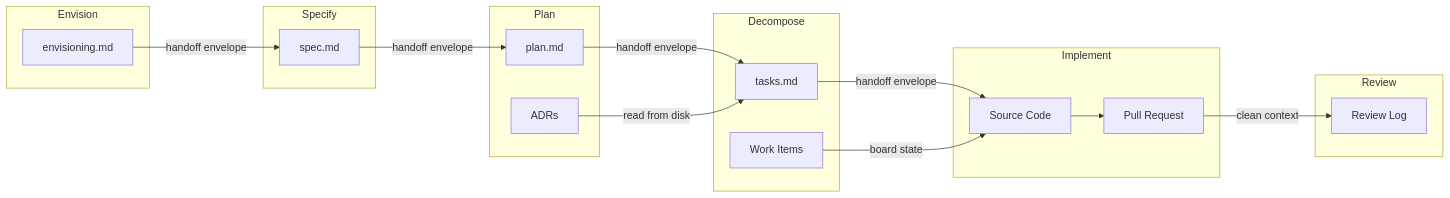
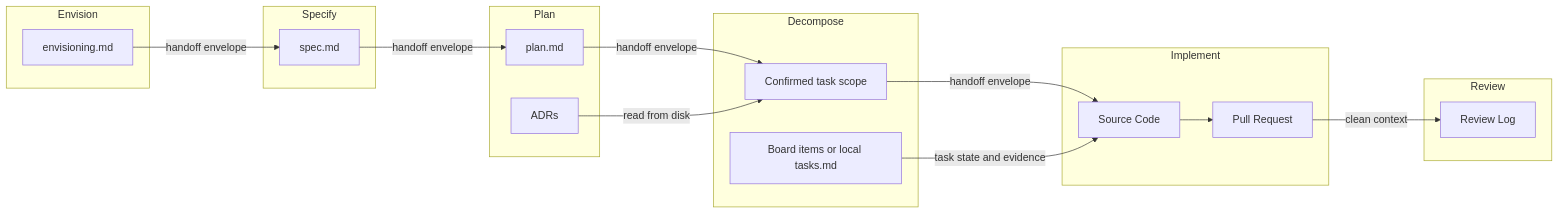
Before and after one commit to microsoft/devsquad-copilot: the diagram in docs/src/content/docs/core-components/context-management.mdx, drawn with Mermaid. The commit also changed other lines of this file and 8 other files, not shown here.

````diff
--- a/docs/src/content/docs/core-components/context-management.mdx
+++ b/docs/src/content/docs/core-components/context-management.mdx
@@ -66,33 +66,33 @@
 ```mermaid
 flowchart LR
   subgraph envision["Envision"]
     E1["envisioning.md"]
   end
   subgraph specify["Specify"]
     S1["spec.md"]
   end
   subgraph plan["Plan"]
     P1["plan.md"]
     P2["ADRs"]
   end
   subgraph decompose["Decompose"]
-    D1["tasks.md"]
-    D2["Work Items"]
+    D1["Confirmed task scope"]
+    D2["Board items or local tasks.md"]
   end
   subgraph implement["Implement"]
     I1["Source Code"]
     I2["Pull Request"]
   end
   subgraph review["Review"]
     R1["Review Log"]
   end
 
   E1 -->|"handoff envelope"| S1
   S1 -->|"handoff envelope"| P1
   P1 -->|"handoff envelope"| D1
   P2 -->|"read from disk"| D1
   D1 -->|"handoff envelope"| I1
-  D2 -->|"board state"| I1
+  D2 -->|"task state and evidence"| I1
   I1 --> I2
   I2 -->|"clean context"| R1
 ```
````
